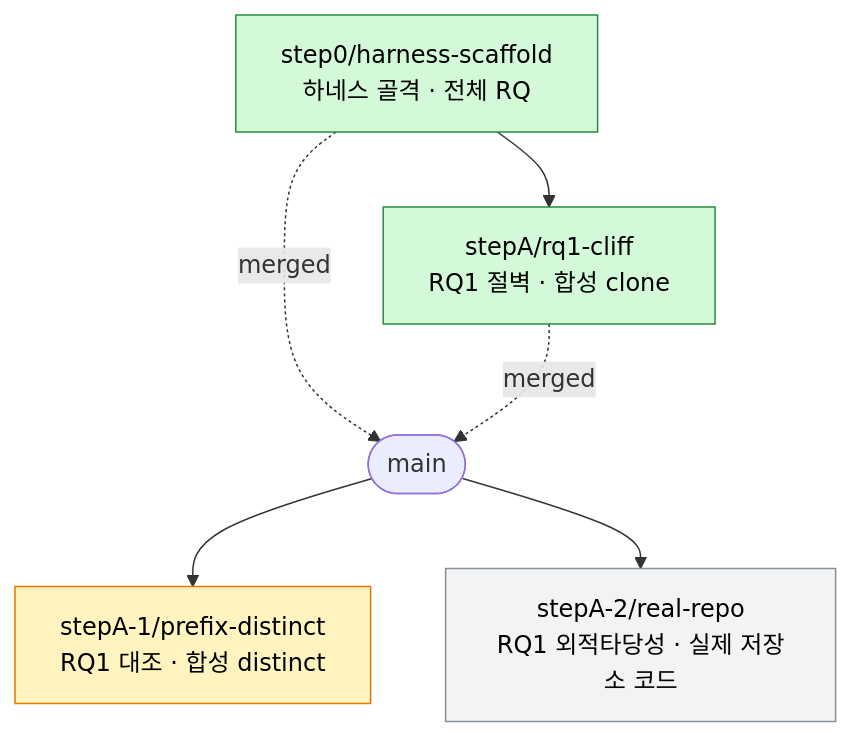
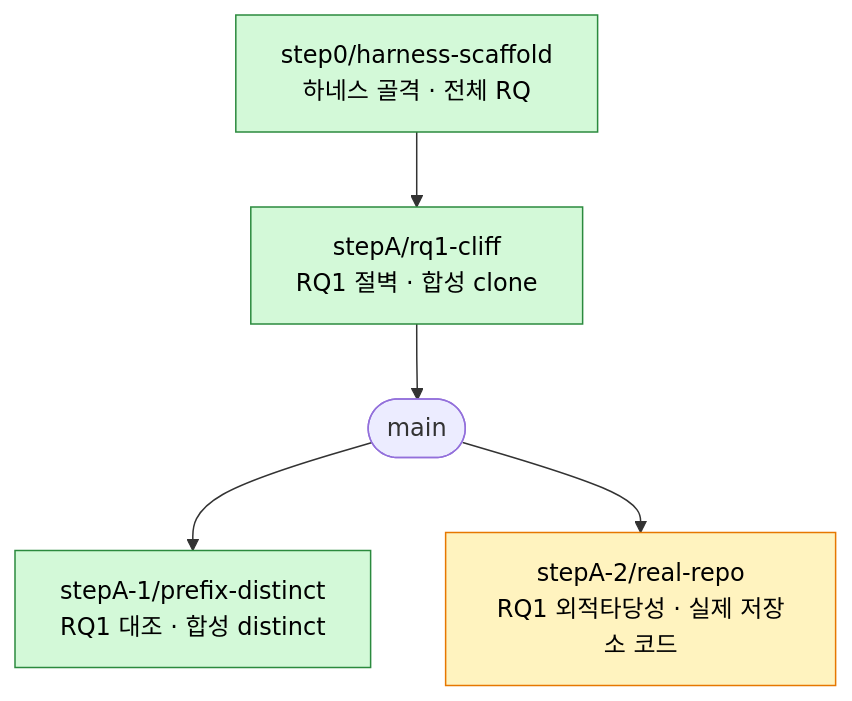
Before and after one commit to deanjs/HCLT_2026: the diagram in docs/branch.md, drawn with Mermaid. The commit also changed other lines of this file, not shown here.

````diff
--- a/docs/branch.md
+++ b/docs/branch.md
@@ -7,21 +7,17 @@
 ```mermaid
 flowchart TD
     main([main])
     s0["step0/harness-scaffold<br/>하네스 골격 · 전체 RQ"]
     sA["stepA/rq1-cliff<br/>RQ1 절벽 · 합성 clone"]
     sA1["stepA-1/prefix-distinct<br/>RQ1 대조 · 합성 distinct"]
     sA2["stepA-2/real-repo<br/>RQ1 외적타당성 · 실제 저장소 코드"]
 
-    s0 --> sA
-    s0 -.->|merged| main
-    sA -.->|merged| main
+    s0 --> sA --> main
     main --> sA1
     main --> sA2
 
-    class s0,sA merged
-    class sA1 running
-    class sA2 todo
+    class s0,sA,sA1 merged
+    class sA2 review
     classDef merged fill:#d3f9d8,stroke:#2b8a3e,color:#000
-    classDef running fill:#fff3bf,stroke:#e67700,color:#000
-    classDef todo fill:#f1f3f5,stroke:#868e96,color:#000
+    classDef review fill:#fff3bf,stroke:#e67700,color:#000
 ```
````
